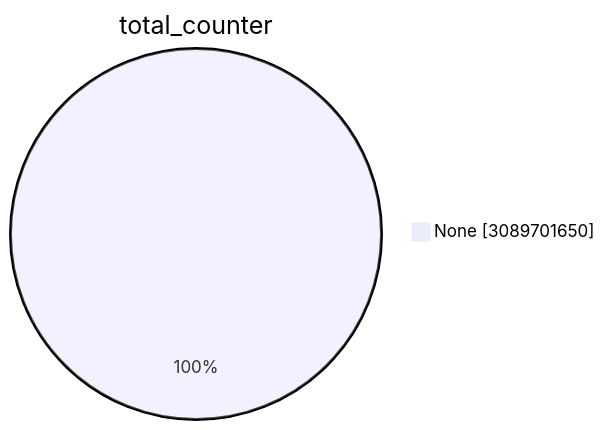
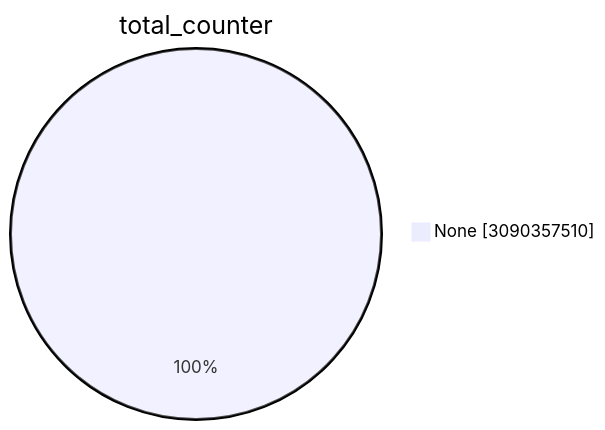
One commit to christiankrug/ctmonitor_visualization changed the first of 15 diagrams in TOTAL/README.md. Above: the diagram before and after it, drawn with Mermaid. The commit also changed other lines of this file, not shown here.

````diff
--- a/TOTAL/README.md
+++ b/TOTAL/README.md
@@ -1,5 +1,5 @@
 ```mermaid
 pie showData
 title total_counter
-"None" :3089701650
+"None" :3090357510
 ```
````
